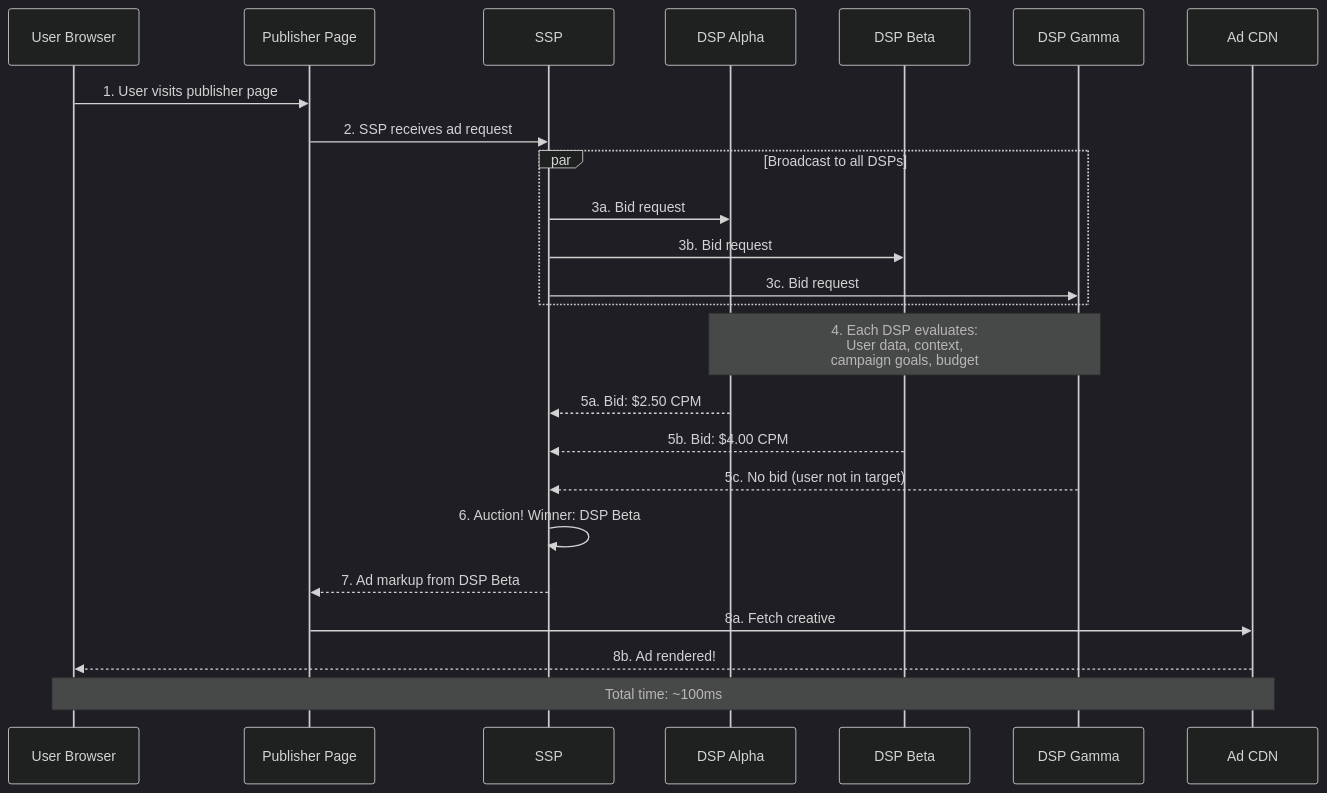
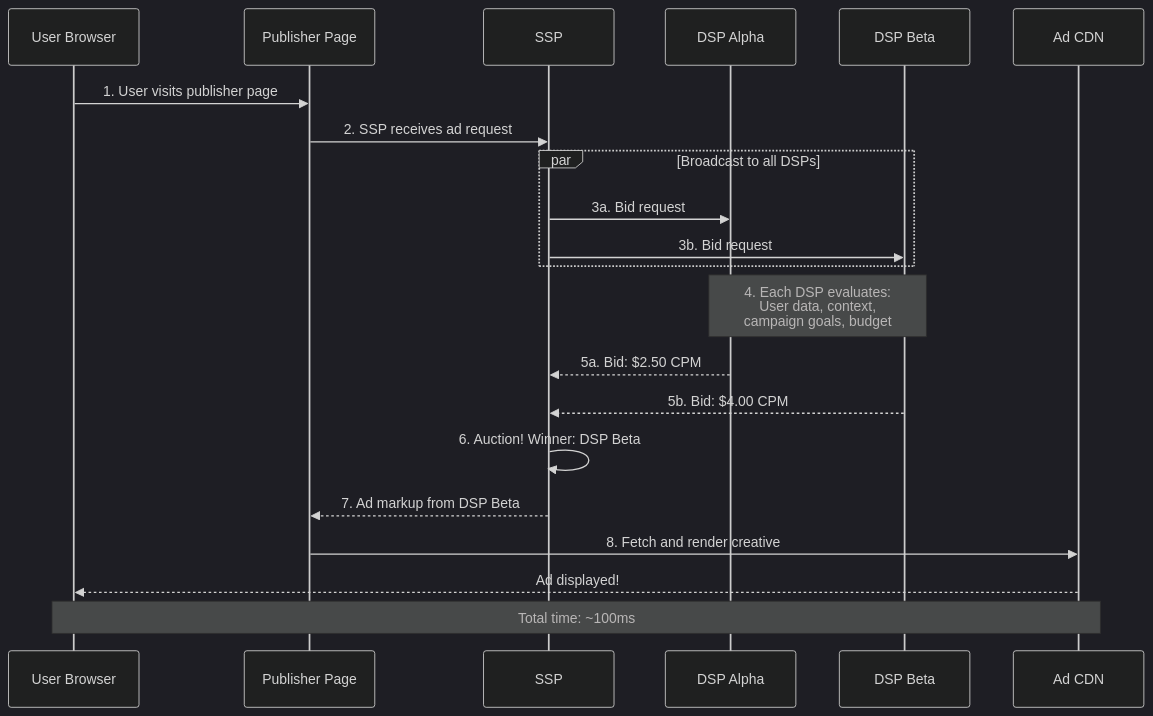
One commit to saanghyuk/ship-your-ads changed the first of 2 diagrams in adtech/rtb.mdx. Above: the diagram before and after it, drawn with Mermaid (dark theme). The commit also changed other lines of this file and 47 other files, not shown here.

````diff
--- a/adtech/rtb.mdx
+++ b/adtech/rtb.mdx
@@ -19,28 +17,25 @@
 ```mermaid
 sequenceDiagram
     participant U as User Browser
     participant P as Publisher Page
     participant SS as SSP
     participant D1 as DSP Alpha
     participant D2 as DSP Beta
-    participant D3 as DSP Gamma
     participant CDN as Ad CDN
 
     U->>P: 1. User visits publisher page
     P->>SS: 2. SSP receives ad request
     par Broadcast to all DSPs
         SS->>D1: 3a. Bid request
         SS->>D2: 3b. Bid request
-        SS->>D3: 3c. Bid request
     end
-    Note over D1,D3: 4. Each DSP evaluates:<br/>User data, context,<br/>campaign goals, budget
+    Note over D1,D2: 4. Each DSP evaluates:<br/>User data, context,<br/>campaign goals, budget
     D1-->>SS: 5a. Bid: $2.50 CPM
     D2-->>SS: 5b. Bid: $4.00 CPM
-    D3-->>SS: 5c. No bid (user not in target)
     SS->>SS: 6. Auction! Winner: DSP Beta
     SS-->>P: 7. Ad markup from DSP Beta
-    P->>CDN: 8a. Fetch creative
-    CDN-->>U: 8b. Ad rendered!
+    P->>CDN: 8. Fetch and render creative
+    CDN-->>U: Ad displayed!
 
     Note over U,CDN: Total time: ~100ms
 ```
````
